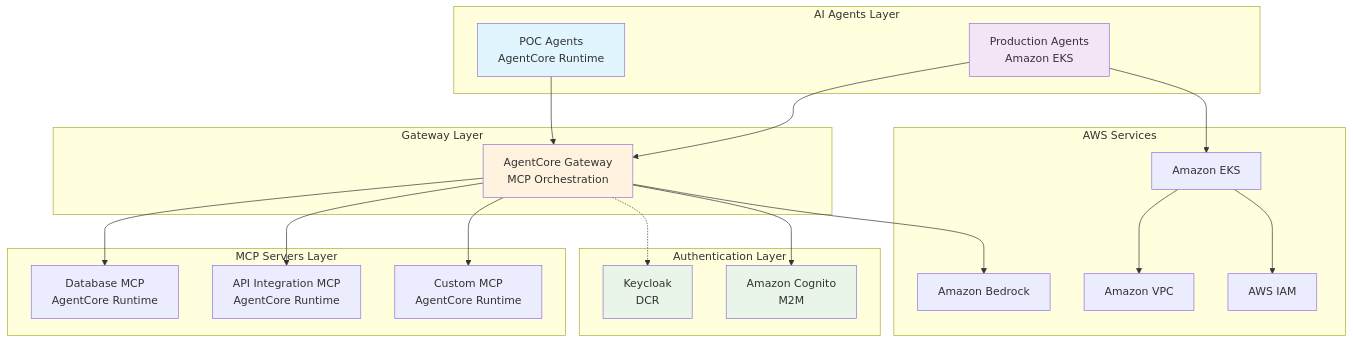
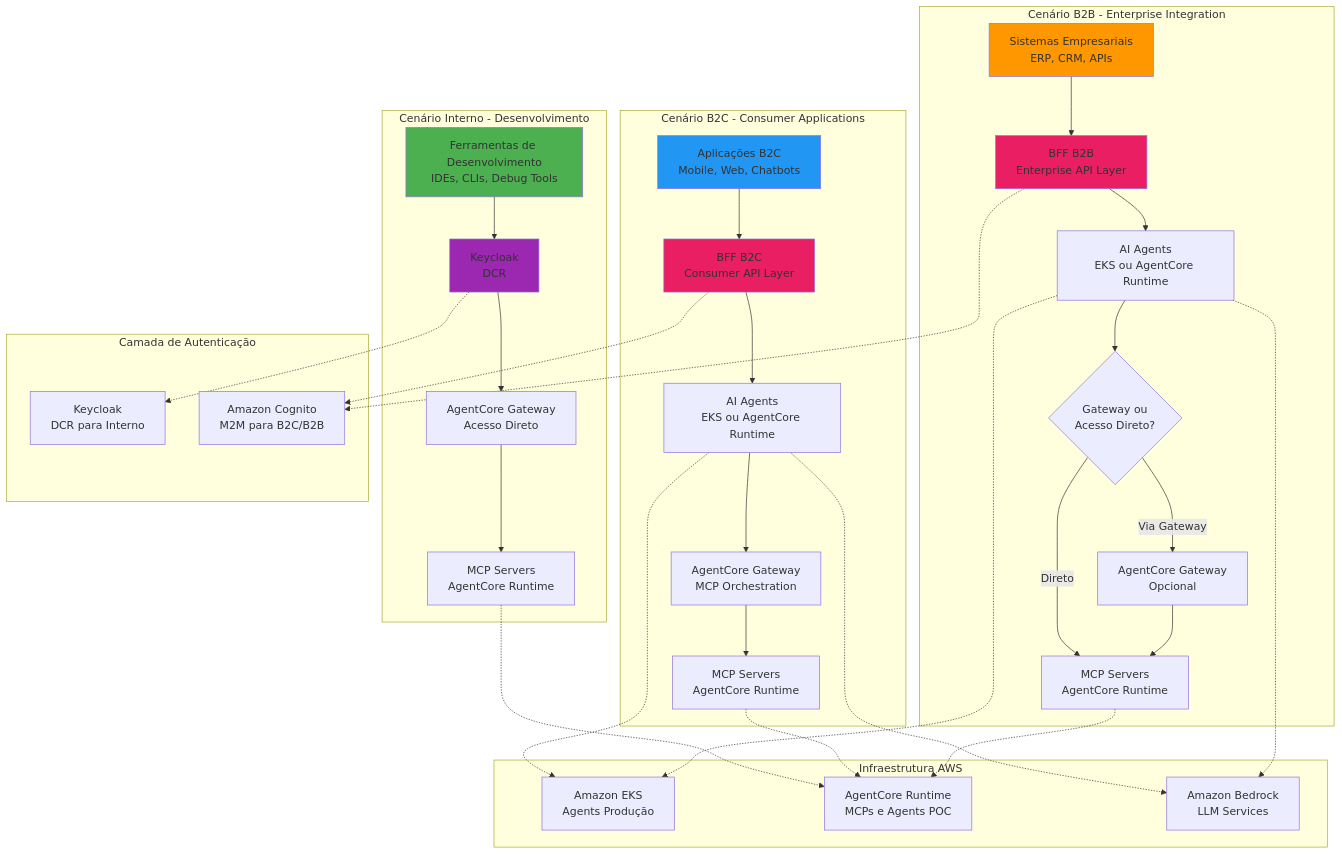
Before and after one commit to thiagodavala/ai-foundation-arch: the seventh of 24 diagrams in README.md, drawn with Mermaid. The commit also changed other lines of this file, not shown here.

````diff
--- a/README.md
+++ b/README.md
@@ -233,49 +403,77 @@
 ```mermaid
 graph TB
-    subgraph "AI Agents Layer"
-        POC[POC Agents<br/>AgentCore Runtime]
-        PROD[Production Agents<br/>Amazon EKS]
+    subgraph "Cenário Interno - Desenvolvimento"
+        DEV_TOOLS[Ferramentas de Desenvolvimento<br/>IDEs, CLIs, Debug Tools]
+        KC_INTERNAL[Keycloak<br/>DCR]
+        AGW_INTERNAL[AgentCore Gateway<br/>Acesso Direto]
+        MCP_INTERNAL[MCP Servers<br/>AgentCore Runtime]
     end
     
-    subgraph "Gateway Layer"
-        AGW[AgentCore Gateway<br/>MCP Orchestration]
+    subgraph "Cenário B2C - Consumer Applications"
+        CONSUMER_APPS[Aplicações B2C<br/>Mobile, Web, Chatbots]
+        BFF_B2C[BFF B2C<br/>Consumer API Layer]
+        AGENTS_B2C[AI Agents<br/>EKS ou AgentCore Runtime]
+        AGW_B2C[AgentCore Gateway<br/>MCP Orchestration]
+        MCP_B2C[MCP Servers<br/>AgentCore Runtime]
     end
     
-    subgraph "MCP Servers Layer"
-        MCP1[Database MCP<br/>AgentCore Runtime]
-        MCP2[API Integration MCP<br/>AgentCore Runtime]
-        MCP3[Custom MCP<br/>AgentCore Runtime]
+    subgraph "Cenário B2B - Enterprise Integration"
+        ENTERPRISE[Sistemas Empresariais<br/>ERP, CRM, APIs]
+        BFF_B2B[BFF B2B<br/>Enterprise API Layer]
+        AGENTS_B2B[AI Agents<br/>EKS ou AgentCore Runtime]
+        DECISION_B2B{Gateway ou<br/>Acesso Direto?}
+        AGW_B2B[AgentCore Gateway<br/>Opcional]
+        MCP_B2B[MCP Servers<br/>AgentCore Runtime]
     end
     
-    subgraph "Authentication Layer"
-        KC[Keycloak<br/>DCR]
-        COG[Amazon Cognito<br/>M2M]
+    subgraph "Camada de Autenticação"
+        KC[Keycloak<br/>DCR para Interno]
+        COG[Amazon Cognito<br/>M2M para B2C/B2B]
     end
     
-    subgraph "AWS Services"
-        EKS[Amazon EKS]
-        BR[Amazon Bedrock]
-        VPC[Amazon VPC]
-        IAM[AWS IAM]
+    subgraph "Infraestrutura AWS"
+        EKS[Amazon EKS<br/>Agents Produção]
+        RUNTIME[AgentCore Runtime<br/>MCPs e Agents POC]
+        BR[Amazon Bedrock<br/>LLM Services]
     end
     
-    POC --> AGW
-    PROD --> AGW
-    AGW --> MCP1
-    AGW --> MCP2
-    AGW --> MCP3
+    %% Fluxos Cenário Interno
+    DEV_TOOLS --> KC_INTERNAL
+    KC_INTERNAL --> AGW_INTERNAL
+    AGW_INTERNAL --> MCP_INTERNAL
     
-    AGW -.-> KC
-    AGW --> COG
+    %% Fluxos Cenário B2C
+    CONSUMER_APPS --> BFF_B2C
+    BFF_B2C --> AGENTS_B2C
+    AGENTS_B2C --> AGW_B2C
+    AGW_B2C --> MCP_B2C
     
-    PROD --> EKS
-    AGW --> BR
-    EKS --> VPC
-    EKS --> IAM
+    %% Fluxos Cenário B2B
+    ENTERPRISE --> BFF_B2B
+    BFF_B2B --> AGENTS_B2B
+    AGENTS_B2B --> DECISION_B2B
+    DECISION_B2B -->|Via Gateway| AGW_B2B
+    DECISION_B2B -->|Direto| MCP_B2B
+    AGW_B2B --> MCP_B2B
     
-    style POC fill:#e1f5fe
-    style PROD fill:#f3e5f5
-    style AGW fill:#fff3e0
-    style KC fill:#e8f5e8
-    style COG fill:#e8f5e8
+    %% Conexões com Infraestrutura
+    KC_INTERNAL -.-> KC
+    BFF_B2C -.-> COG
+    BFF_B2B -.-> COG
+    
+    AGENTS_B2C -.-> EKS
+    AGENTS_B2B -.-> EKS
+    MCP_INTERNAL -.-> RUNTIME
+    MCP_B2C -.-> RUNTIME
+    MCP_B2B -.-> RUNTIME
+    
+    AGENTS_B2C -.-> BR
+    AGENTS_B2B -.-> BR
+    
+    style DEV_TOOLS fill:#4caf50
+    style CONSUMER_APPS fill:#2196f3
+    style ENTERPRISE fill:#ff9800
+    style BFF_B2C fill:#e91e63
+    style BFF_B2B fill:#e91e63
+    style KC_INTERNAL fill:#9c27b0
 ```
````
